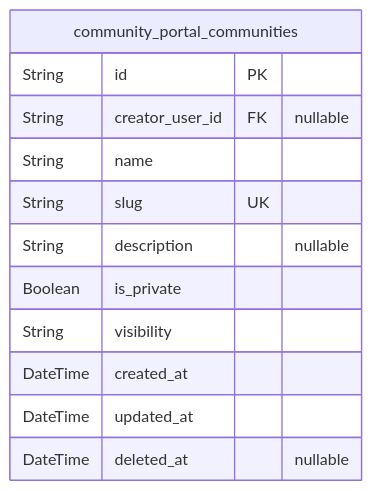
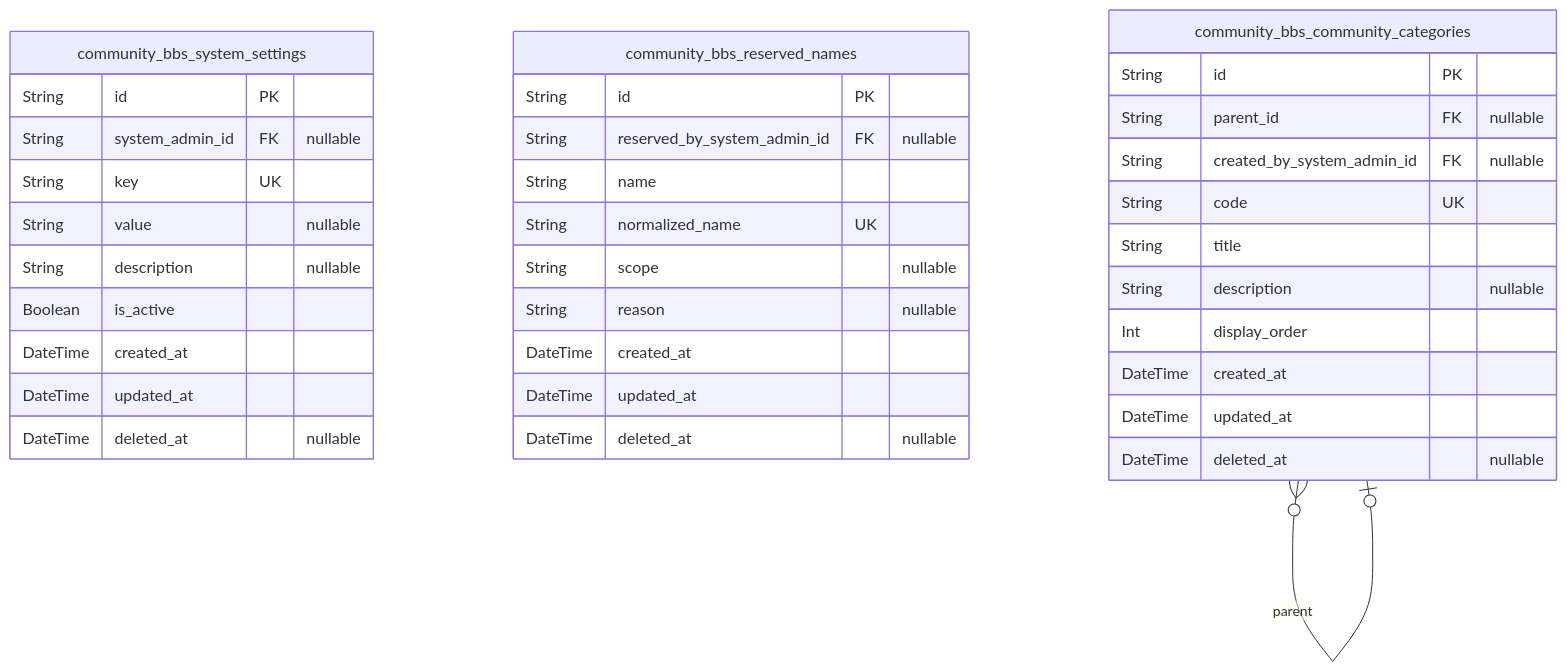
Before and after one commit to wrtnlabs/autobe-examples: the first of 11 diagrams in openai/gpt-5-mini/reddit/docs/ERD.md, drawn with Mermaid. The commit also changed other lines of this file and 16146 other files, not shown here.

````diff
--- a/openai/gpt-5-mini/reddit/docs/ERD.md
+++ b/openai/gpt-5-mini/reddit/docs/ERD.md
@@ -13,15 +19,38 @@
 ```mermaid
 erDiagram
-"community_portal_communities" {
+"community_bbs_system_settings" {
   String id PK
-  String creator_user_id FK "nullable"
-  String name
-  String slug UK
+  String system_admin_id FK "nullable"
+  String key UK
+  String value "nullable"
   String description "nullable"
-  Boolean is_private
-  String visibility
+  Boolean is_active
   DateTime created_at
   DateTime updated_at
   DateTime deleted_at "nullable"
 }
+"community_bbs_reserved_names" {
+  String id PK
+  String reserved_by_system_admin_id FK "nullable"
+  String name
+  String normalized_name UK
+  String scope "nullable"
+  String reason "nullable"
+  DateTime created_at
+  DateTime updated_at
+  DateTime deleted_at "nullable"
+}
+"community_bbs_community_categories" {
+  String id PK
+  String parent_id FK "nullable"
+  String created_by_system_admin_id FK "nullable"
+  String code UK
+  String title
+  String description "nullable"
+  Int display_order
+  DateTime created_at
+  DateTime updated_at
+  DateTime deleted_at "nullable"
+}
+"community_bbs_community_categories" }o--o| "community_bbs_community_categories" : parent
 ```
````
